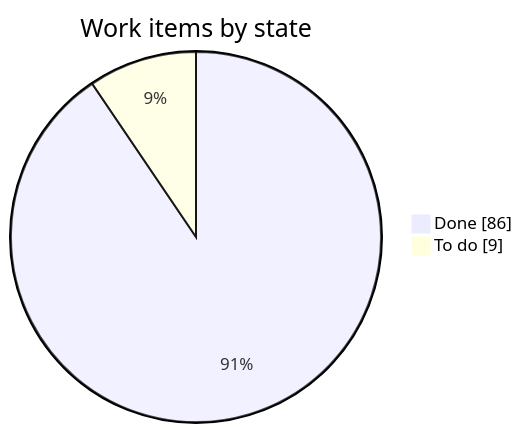
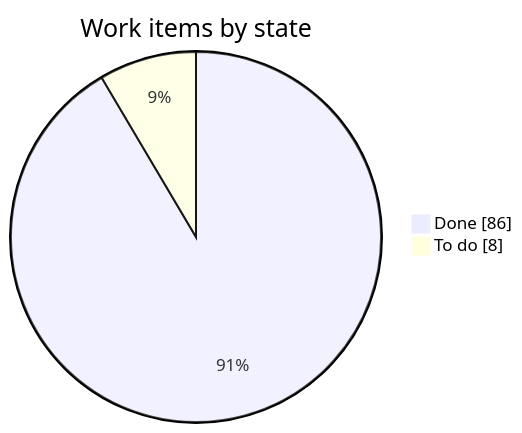
The first of 2 diagrams in STATUS.md (LoMagnette/ghost-light), drawn with Mermaid before and after one commit. The commit also changed other lines of this file and 1 other file, not shown here.

````diff
--- a/STATUS.md
+++ b/STATUS.md
@@ -39,6 +39,6 @@
 ```mermaid
 pie showData
     title Work items by state
     "Done" : 86
-    "To do" : 9
+    "To do" : 8
 ```
````
